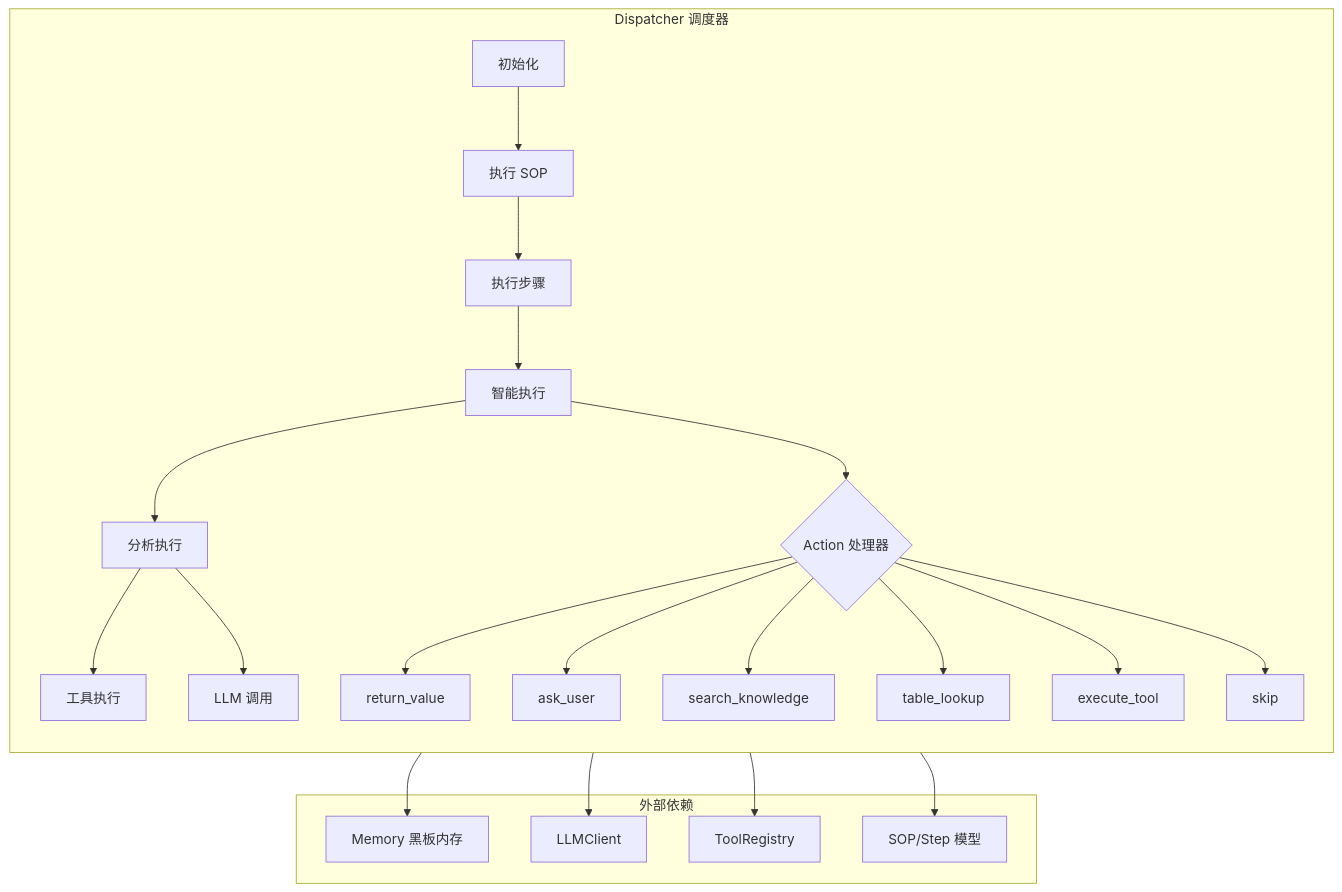
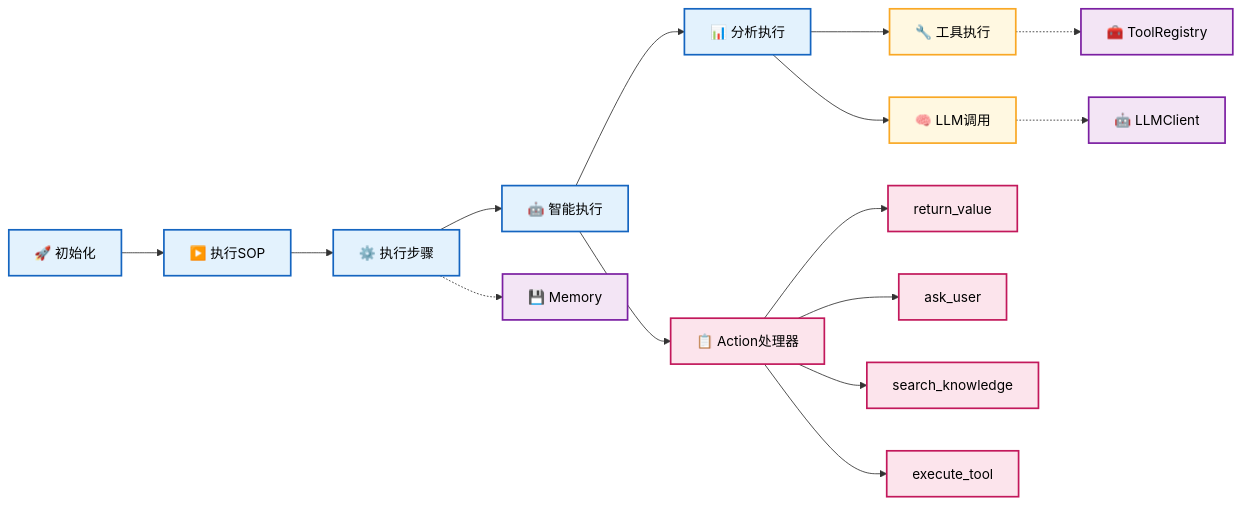
The second of 6 diagrams in README.md (0mao0/AnGIneer), drawn with Mermaid before and after one commit. The commit also changed other lines of this file and 2 other files, not shown here.

First line of the commit message:
v0.0.21 refactor(CommonTool): 移除冗余的除以零检测逻辑

````diff
--- a/README.md
+++ b/README.md
@@ -53,31 +58,40 @@
 ```mermaid
-flowchart TD
-    subgraph Dispatcher["Dispatcher 调度器"]
-        direction TB
-        D_INIT["初始化"] --> D_RUN["执行 SOP"]
-        D_RUN --> D_EXEC["执行步骤"]
-        D_EXEC --> D_SMART["智能执行"]
-        D_SMART --> D_ANALYZE["分析执行"]
-        D_ANALYZE --> D_TOOL["工具执行"]
-        D_ANALYZE --> D_LLM["LLM 调用"]
-        D_SMART --> D_HANDLERS{"Action 处理器"}
-        D_HANDLERS --> D_H1["return_value"]
-        D_HANDLERS --> D_H2["ask_user"]
-        D_HANDLERS --> D_H3["search_knowledge"]
-        D_HANDLERS --> D_H4["table_lookup"]
-        D_HANDLERS --> D_H5["execute_tool"]
-        D_HANDLERS --> D_H6["skip"]
-    end
+flowchart LR
+    %% 样式定义
+    classDef process fill:#e3f2fd,stroke:#1565c0,stroke-width:2px,color:#000
+    classDef action fill:#fff8e1,stroke:#f9a825,stroke-width:2px,color:#000
+    classDef handler fill:#fce4ec,stroke:#c2185b,stroke-width:2px,color:#000
+    classDef external fill:#f3e5f5,stroke:#7b1fa2,stroke-width:2px,color:#000
     
-    subgraph External["外部依赖"]
-        MEM["Memory 黑板内存"]
-        LLM["LLMClient"]
-        TOOL["ToolRegistry"]
-        SOP_MODEL["SOP/Step 模型"]
-    end
+    %% 主流程 - 水平布局更紧凑
+    D_INIT["🚀 初始化"] --> D_RUN["▶️ 执行SOP"]
+    D_RUN --> D_EXEC["⚙️ 执行步骤"]
+    D_EXEC --> D_SMART["🤖 智能执行"]
     
-    Dispatcher --> MEM
-    Dispatcher --> LLM
-    Dispatcher --> TOOL
-    Dispatcher --> SOP_MODEL
+    %% 执行分支
+    D_SMART --> D_ANALYZE["📊 分析执行"]
+    D_ANALYZE --> D_TOOL["🔧 工具执行"]
+    D_ANALYZE --> D_LLM["🧠 LLM调用"]
+    
+    %% Action处理器 - 简化为列表
+    D_SMART --> D_HANDLERS["📋 Action处理器"]
+    D_HANDLERS --> D_H1["return_value"]
+    D_HANDLERS --> D_H2["ask_user"]
+    D_HANDLERS --> D_H3["search_knowledge"]
+    D_HANDLERS --> D_H4["execute_tool"]
+    
+    %% 外部依赖
+    MEM["💾 Memory"]
+    LLM["🤖 LLMClient"]
+    TOOL["🧰 ToolRegistry"]
+    
+    D_EXEC -.-> MEM
+    D_LLM -.-> LLM
+    D_TOOL -.-> TOOL
+    
+    %% 样式应用
+    class D_INIT,D_RUN,D_EXEC,D_SMART,D_ANALYZE process
+    class D_TOOL,D_LLM action
+    class D_HANDLERS,D_H1,D_H2,D_H3,D_H4 handler
+    class MEM,LLM,TOOL external
 ```
````
